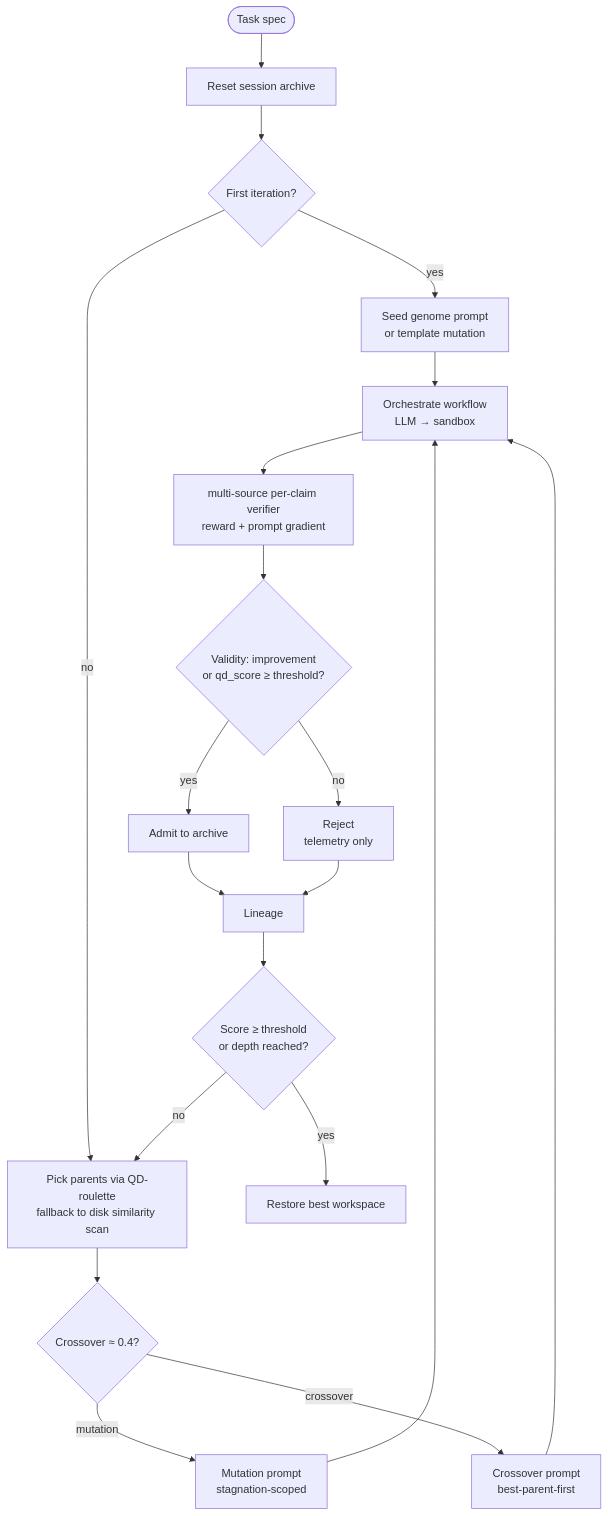
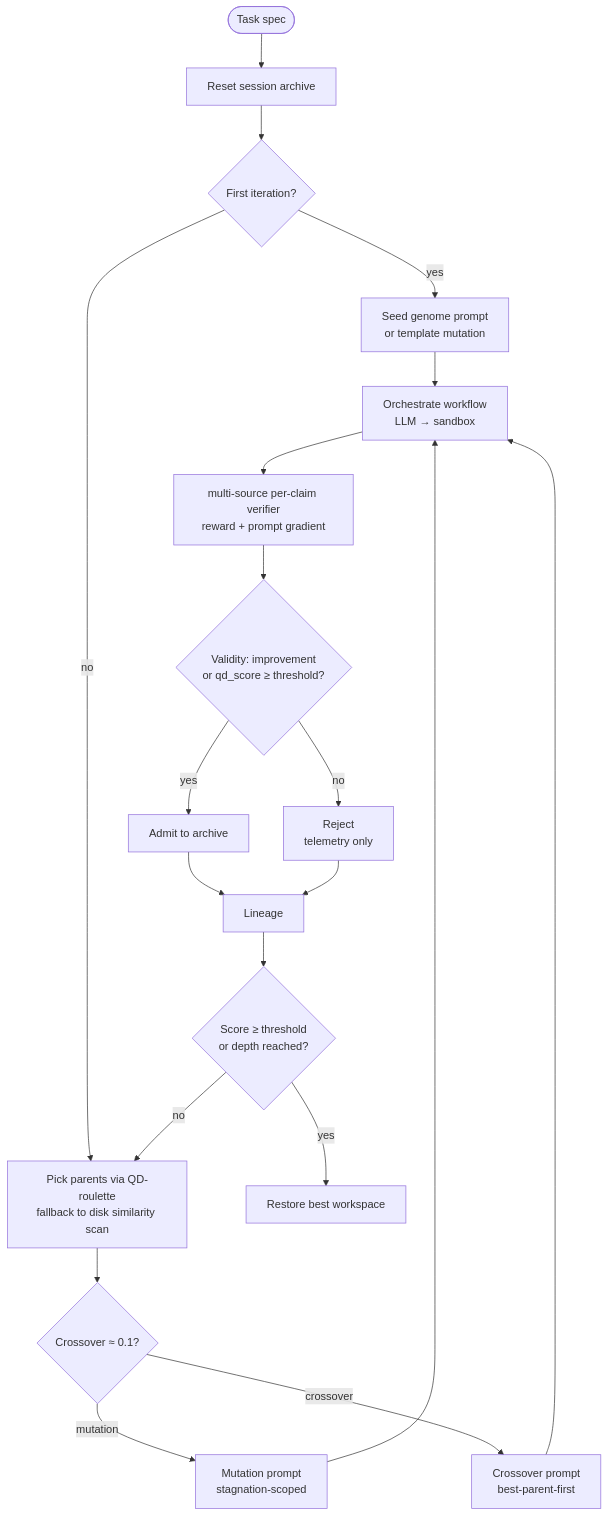
Before and after one commit to HolobiomicsLab/Mimosa-AI: the diagram in docs/concepts/evolution-engine.md, drawn with Mermaid. The commit also changed other lines of this file and 121 other files, not shown here.

````diff
--- a/docs/concepts/evolution-engine.md
+++ b/docs/concepts/evolution-engine.md
@@ -13,22 +13,22 @@
 ```mermaid
 flowchart TB
     Start([Task spec]) --> Reset[Reset session archive]
     Reset --> Seed{First iteration?}
     Seed -- yes --> SeedPrompt[Seed genome prompt<br/>or template mutation]
     Seed -- no --> Pick[Pick parents via QD-roulette<br/>fallback to disk similarity scan]
     SeedPrompt --> Orch[Orchestrate workflow<br/>LLM → sandbox]
-    Pick --> Decide{Crossover ≈ 0.4?}
+    Pick --> Decide{Crossover ≈ 0.1?}
     Decide -- mutation --> Mut[Mutation prompt<br/>stagnation-scoped]
     Decide -- crossover --> Cross[Crossover prompt<br/>best-parent-first]
     Mut --> Orch
     Cross --> Orch
     Orch --> Eval[multi-source per-claim verifier<br/>reward + prompt gradient]
     Eval --> Admit{Validity: improvement<br/>or qd_score ≥ threshold?}
     Admit -- yes --> Archive[Admit to archive]
     Admit -- no --> Reject[Reject<br/>telemetry only]
     Archive --> Lin[Lineage]
     Reject --> Lin
     Lin --> Stop{Score ≥ threshold<br/>or depth reached?}
     Stop -- no --> Pick
     Stop -- yes --> Restore[Restore best workspace]
 ```
````
